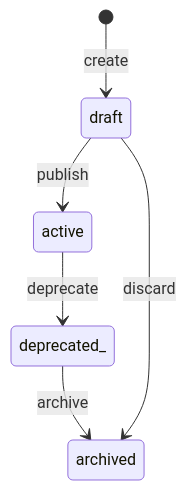
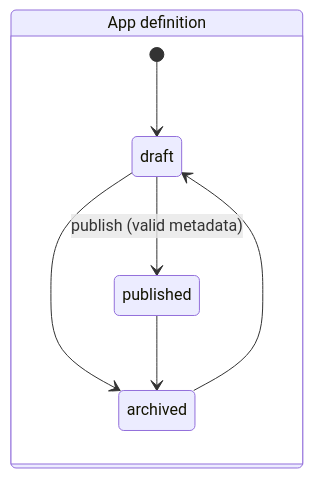
Before and after one commit to UIMSolutions/uim-platform: the fifth of 8 diagrams in agentry/UML.md, drawn with Mermaid. The commit also changed other lines of this file and 80 other files, not shown here.

First line of the commit message:
Refactor OAuth 2.0 Service: Update UML documentation, add approuter configuration, and restructure Kubernetes deployment

````diff
--- a/agentry/UML.md
+++ b/agentry/UML.md
@@ -174,8 +125,11 @@
 ```mermaid
 stateDiagram-v2
-    [*] --> draft : create
-    draft --> active : publish
-    active --> deprecated_ : deprecate
-    deprecated_ --> archived : archive
-    draft --> archived : discard
+  direction LR
+  state "App definition" as D {
+    [*] --> draft
+    draft --> published: publish (valid metadata)
+    draft --> archived
+    published --> archived
+    archived --> draft
+  }
 ```
````
